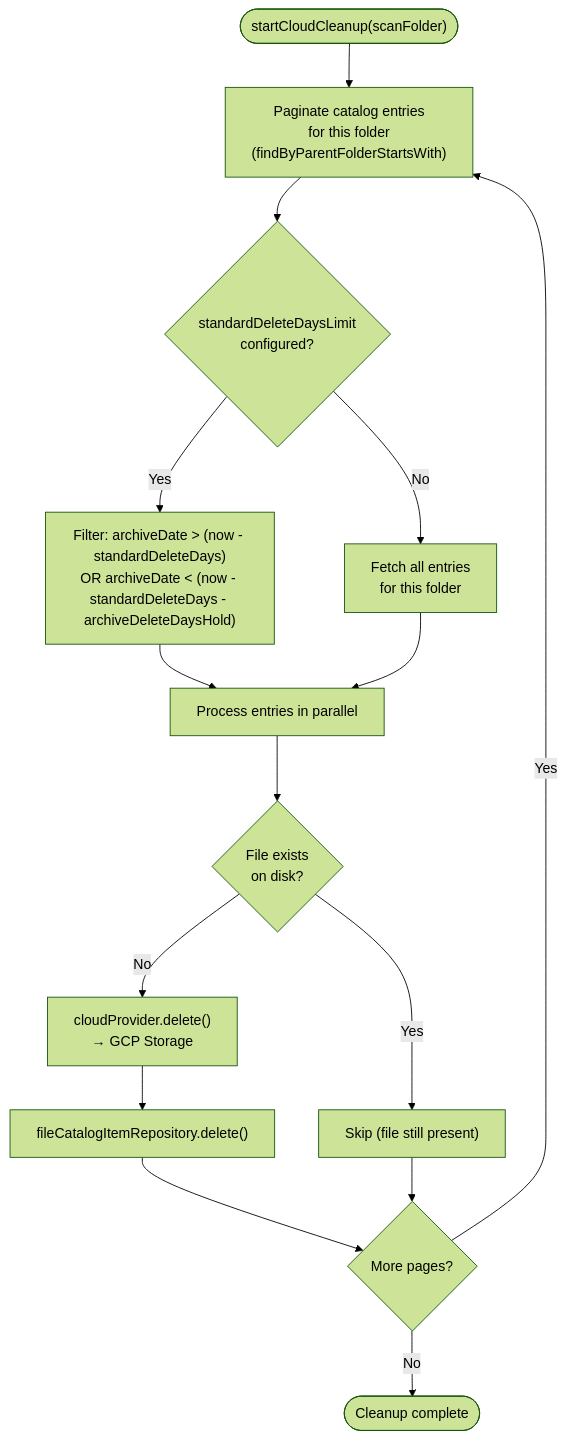
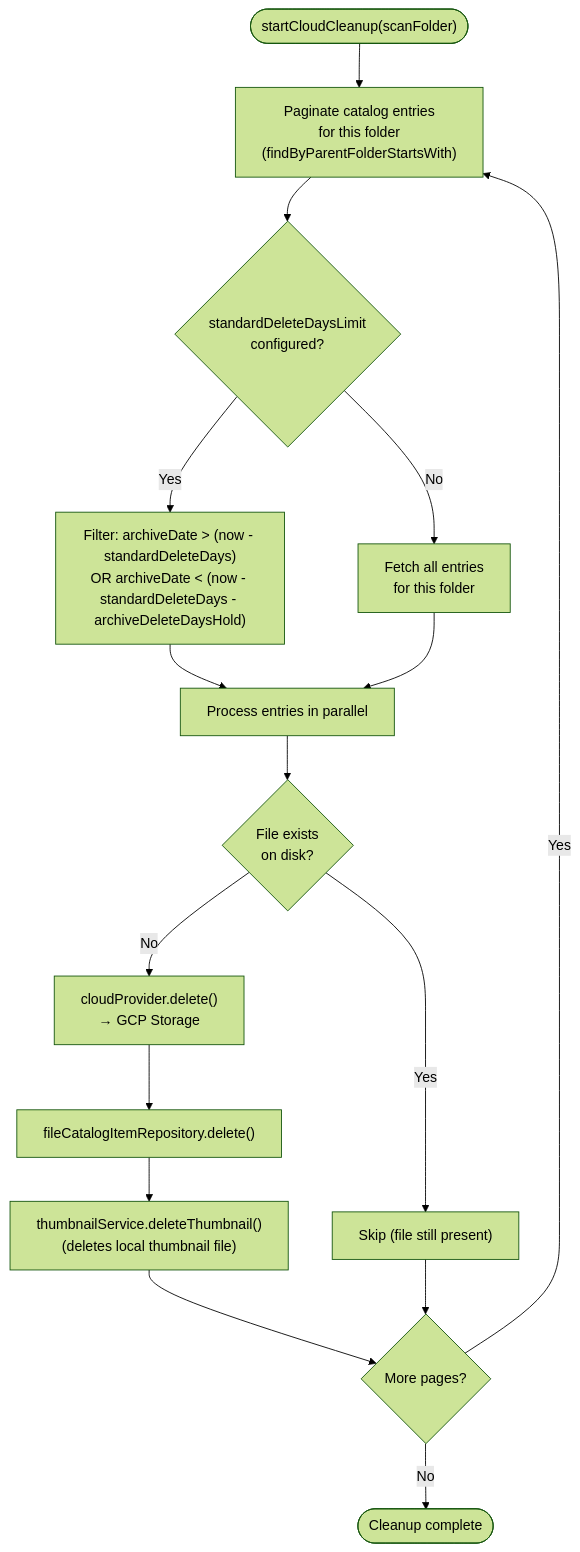
The third of 6 diagrams in docs/sync-workflow.md (ringuerel/cloud-archiver), drawn with Mermaid (forest theme) before and after one commit. The commit also changed other lines of this file and 32 other files, not shown here.

````diff
--- a/docs/sync-workflow.md
+++ b/docs/sync-workflow.md
@@ -89,30 +93,31 @@
 ```mermaid
 flowchart TD
     START(["startCloudCleanup(scanFolder)"])
     PAGE["Paginate catalog entries\nfor this folder\n(findByParentFolderStartsWith)"]
     DAYS{"standardDeleteDaysLimit\nconfigured?"}
     FILTER_DATE["Filter: archiveDate > (now - standardDeleteDays)\nOR archiveDate < (now - standardDeleteDays - archiveDeleteDaysHold)"]
     ALL["Fetch all entries\nfor this folder"]
     PARALLEL["Process entries in parallel"]
     EXISTS{"File exists\non disk?"}
     SKIP["Skip (file still present)"]
     DELETE_CLOUD["cloudProvider.delete()\n→ GCP Storage"]
     DELETE_CATALOG["fileCatalogItemRepository.delete()"]
     MORE{"More pages?"}
     END(["Cleanup complete"])
 
     START --> PAGE
     PAGE --> DAYS
     DAYS -- Yes --> FILTER_DATE
     DAYS -- No --> ALL
     FILTER_DATE --> PARALLEL
     ALL --> PARALLEL
     PARALLEL --> EXISTS
     EXISTS -- Yes --> SKIP
     EXISTS -- No --> DELETE_CLOUD
     DELETE_CLOUD --> DELETE_CATALOG
-    DELETE_CATALOG --> MORE
+    DELETE_CATALOG --> DELETE_THUMB["thumbnailService.deleteThumbnail()\n(deletes local thumbnail file)"]
+    DELETE_THUMB --> MORE
     SKIP --> MORE
     MORE -- Yes --> PAGE
     MORE -- No --> END
 ```
````
